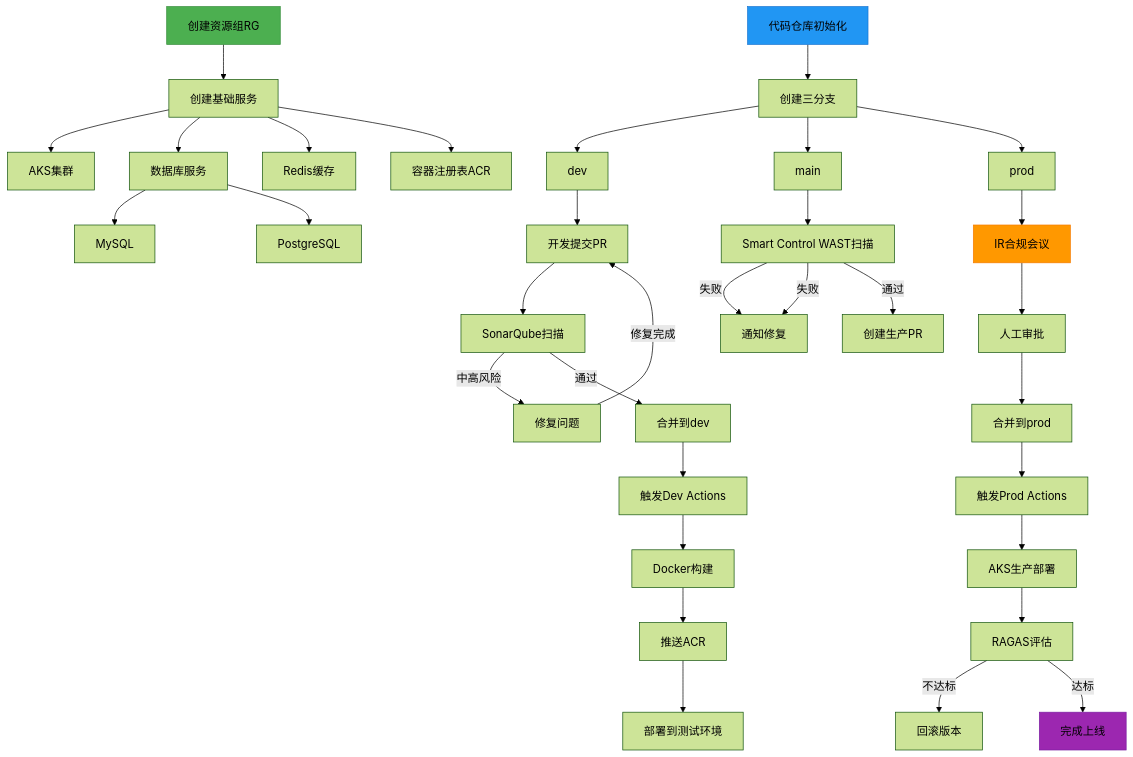
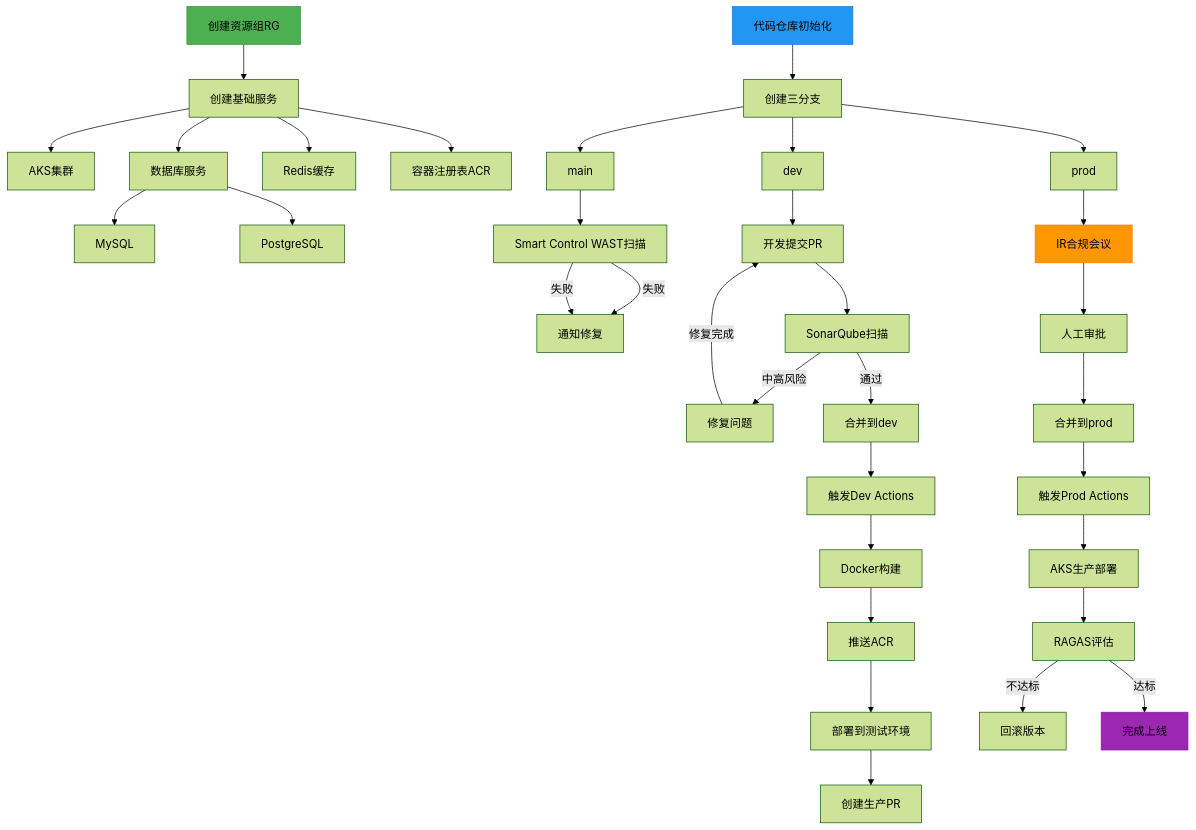
The diagram in all/未命名-1.md (funnyData/iodraw-files), drawn with Mermaid (forest theme) before and after one commit.

Commit message:
2025-02-27 09:13:00 update

````diff
--- a/all/未命名-1.md
+++ b/all/未命名-1.md
@@ -1,56 +1,56 @@
 ```mermaid
 graph TD
     A[创建资源组RG] --> B[创建基础服务]
     B --> C[AKS集群]
     B --> D[数据库服务]
     D --> DA[MySQL]
     D --> DB[PostgreSQL]
     B --> E[Redis缓存]
     B --> F[容器注册表ACR]
     
     G[代码仓库初始化] --> H[创建三分支]
     H --> I[dev]
     H --> J[main]
     H --> K[prod]
     K --> W[IR合规会议]
     J --> T[Smart Control WAST扫描]
     T -->|失败| U[通知修复]
     I --> L[开发提交PR]
     L --> M[SonarQube扫描]
     M -->|中高风险| N[修复问题]
     N -->|修复完成|L
     M -->|通过| O[合并到dev]
     
     O --> P[触发Dev Actions]
     P --> Q[Docker构建]
     Q --> R[推送ACR]
     R --> S[部署到测试环境]
-     V[创建生产PR]
+    S --> V[创建生产PR]
 
     
     %% S --> T[Smart Control WAST扫描]
     T -->|失败| U[通知修复]
 
     
-    T -->|通过| V[创建生产PR]
+    %% T -->|通过| V[创建生产PR]
 
     
     %% V --> W[IR合规会议]
     W --> X[人工审批]
     X --> Y[合并到prod]
     
     Y --> Z[触发Prod Actions]
     Z --> AC[AKS生产部署]
     %% Z --> AA[安全扫描]
     %% AA -->|高风险| AB[终止部署]
     %% AA -->|通过| AC[AKS生产部署]
     
     AC --> AD[RAGAS评估]
     AD -->|不达标| AE[回滚版本]
     AD -->|达标| AF[完成上线]
     
     style A fill:#4CAF50,stroke:#388E3C
     style G fill:#2196F3,stroke:#1976D2
     style W fill:#FF9800,stroke:#F57C00
     style AF fill:#9C27B0,stroke:#7B1FA2
 ```
````
